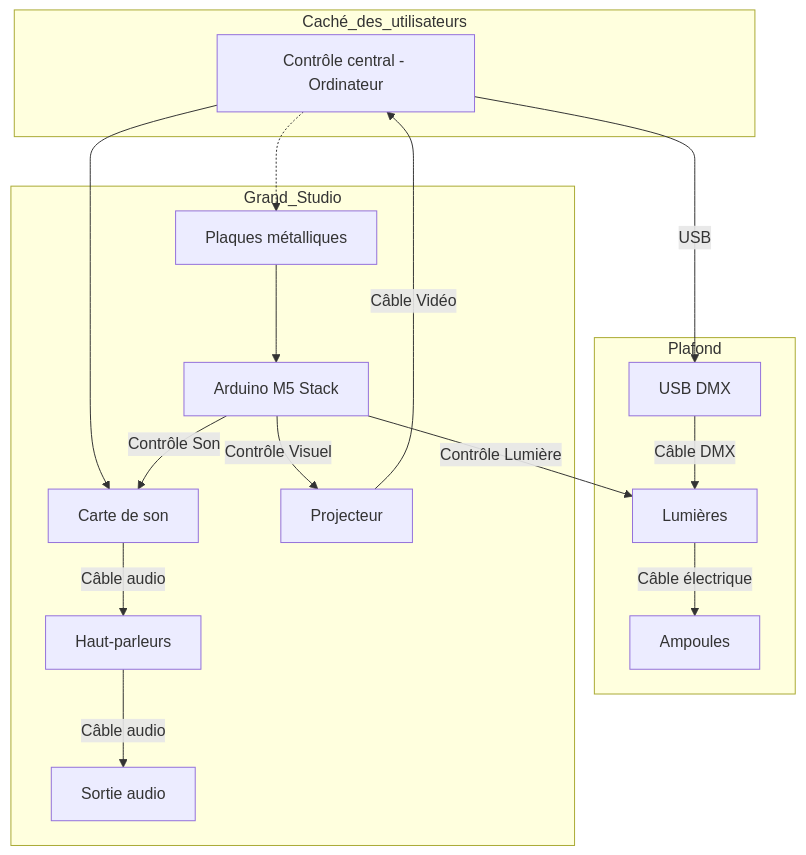
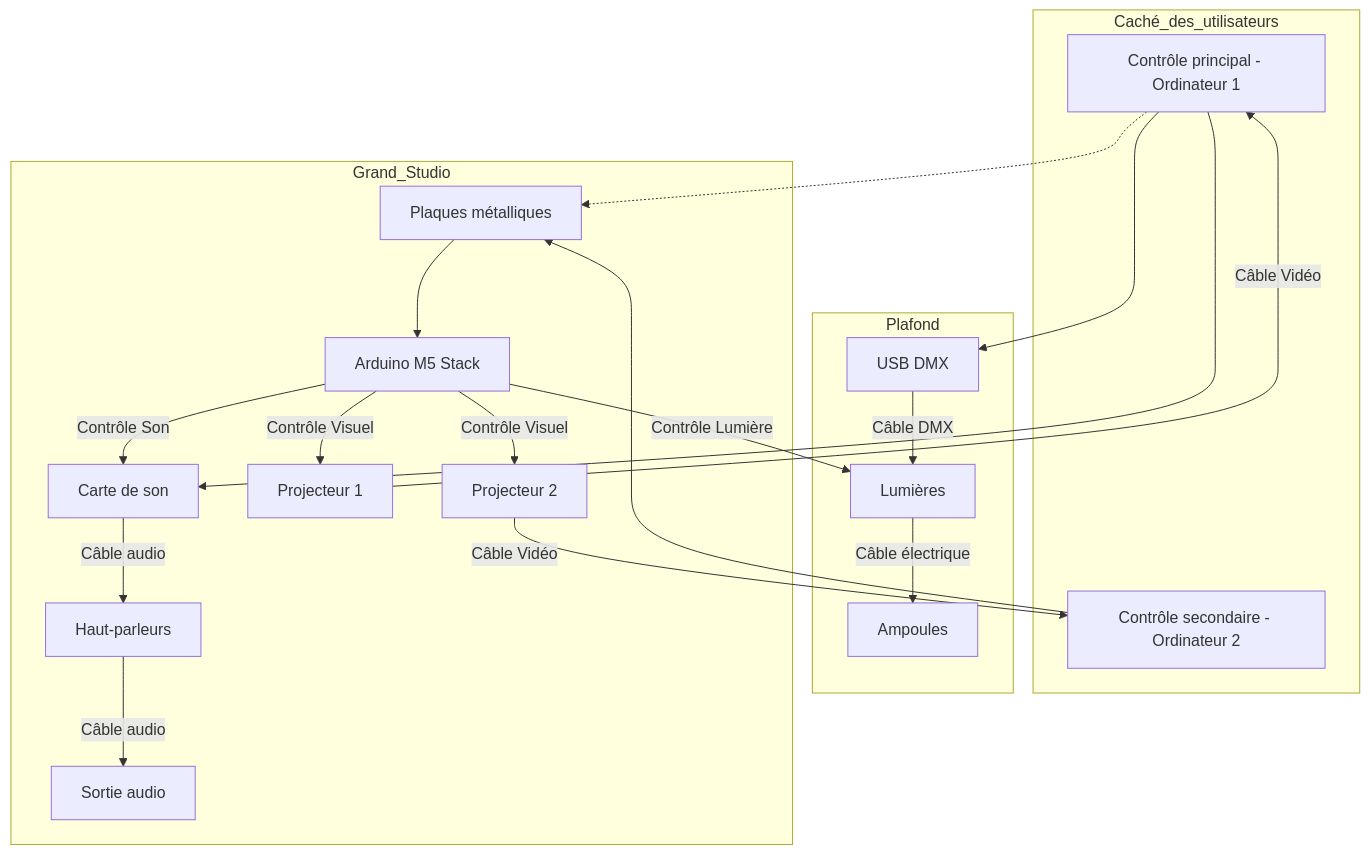
Before and after one commit to Miaou-Mafia/projet-luminatura: the diagram in 30_production/30_synoptique/README.md, drawn with Mermaid.

Commit message:
synoptique

````diff
--- a/30_production/30_synoptique/README.md
+++ b/30_production/30_synoptique/README.md
@@ -3,47 +3,54 @@
 ```mermaid
 graph TD;  
   %% Composants     
-  Ordinateur["Contrôle central - Ordinateur"]     
+  Ordinateur["Contrôle principal - Ordinateur 1"] 
+  Ordinateur-Portable["Contrôle secondaire - Ordinateur 2"]  
   DMX["USB DMX"]     
   Lumieres["Lumières"]     
   Ampoule["Ampoules"]     
   CarteSon["Carte de son"]     
   HautParleur["Haut-parleurs"]     
   SortieAudio["Sortie audio"]      
   PlaqueMetalique["Plaques métalliques"]     
   Arduino["Arduino M5 Stack"]     
-  Projecteur["Projecteur"]   
+  Projecteur1["Projecteur 1"]   
+  Projecteur2["Projecteur 2"]   
   
   %% Emplacements     
   subgraph Caché_des_utilisateurs         
     Ordinateur     
+    Ordinateur-Portable
   end     
   subgraph Plafond         
     DMX         
     Lumieres         
     Ampoule     
   end     
   subgraph Grand_Studio         
     PlaqueMetalique         
     Arduino     
-    Projecteur  
+    Projecteur1  
+    Projecteur2  
     CarteSon
     HautParleur
     SortieAudio
   end     
   
   %% Connexions     
-  Ordinateur -->|USB| DMX     
+  Ordinateur --> DMX     
   Ordinateur --> CarteSon     
   Ordinateur -.-> PlaqueMetalique     
+  Ordinateur-Portable --> PlaqueMetalique
   PlaqueMetalique --> Arduino     
   Arduino -->|Contrôle Lumière| Lumieres     
   Arduino -->|Contrôle Son| CarteSon     
-  Arduino -->|Contrôle Visuel| Projecteur 
+  Arduino -->|Contrôle Visuel| Projecteur1 
+  Arduino -->|Contrôle Visuel| Projecteur2
   DMX -->|Câble DMX| Lumieres     
   Lumieres -->|Câble électrique| Ampoule     
   CarteSon -->|Câble audio| HautParleur     
   HautParleur -->|Câble audio| SortieAudio  
-  Projecteur -->|Câble Vidéo| Ordinateur
+  Projecteur1 -->|Câble Vidéo| Ordinateur
+  Projecteur2 -->|Câble Vidéo| Ordinateur-Portable
 
 ```
````
